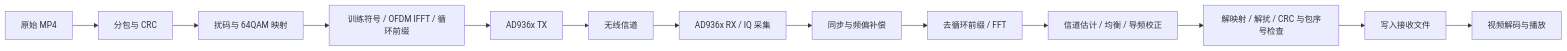
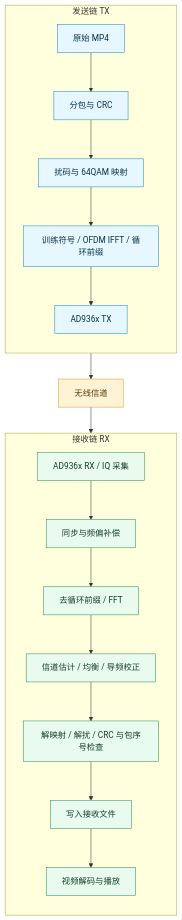
One commit to lx8863/luxlink-sdr changed the diagram in README.md. Above: the diagram before and after it, drawn with Mermaid. The commit also changed other lines of this file, not shown here.

Commit message:
Redraw vertical TX/RX flow and add Star History chart

````diff
--- a/README.md
+++ b/README.md
@@ -40,15 +40,30 @@
 ```mermaid
-flowchart LR
-    A[原始 MP4] --> B[分包与 CRC]
-    B --> C[扰码与 64QAM 映射]
-    C --> D[训练符号 / OFDM IFFT / 循环前缀]
-    D --> E[AD936x TX]
-    E --> F[无线信道]
-    F --> G[AD936x RX / IQ 采集]
-    G --> H[同步与频偏补偿]
-    H --> I[去循环前缀 / FFT]
-    I --> J[信道估计 / 均衡 / 导频校正]
-    J --> K[解映射 / 解扰 / CRC 与包序号检查]
-    K --> L[写入接收文件]
-    L --> M[视频解码与播放]
+flowchart TB
+    subgraph TX["发送链 TX"]
+        direction TB
+        A["原始 MP4"] --> B["分包与 CRC"]
+        B --> C["扰码与 64QAM 映射"]
+        C --> D["训练符号 / OFDM IFFT / 循环前缀"]
+        D --> E["AD936x TX"]
+    end
+
+    E --> F["无线信道"]
+    F --> G
+
+    subgraph RX["接收链 RX"]
+        direction TB
+        G["AD936x RX / IQ 采集"] --> H["同步与频偏补偿"]
+        H --> I["去循环前缀 / FFT"]
+        I --> J["信道估计 / 均衡 / 导频校正"]
+        J --> K["解映射 / 解扰 / CRC 与包序号检查"]
+        K --> L["写入接收文件"]
+        L --> M["视频解码与播放"]
+    end
+
+    classDef transmit fill:#e6f7ff,stroke:#168bbf,color:#07334a;
+    classDef receive fill:#e9fbef,stroke:#26905a,color:#123e29;
+    classDef channel fill:#fff3d6,stroke:#d69b21,color:#593c08;
+    class A,B,C,D,E transmit;
+    class G,H,I,J,K,L,M receive;
+    class F channel;
 ```
````
